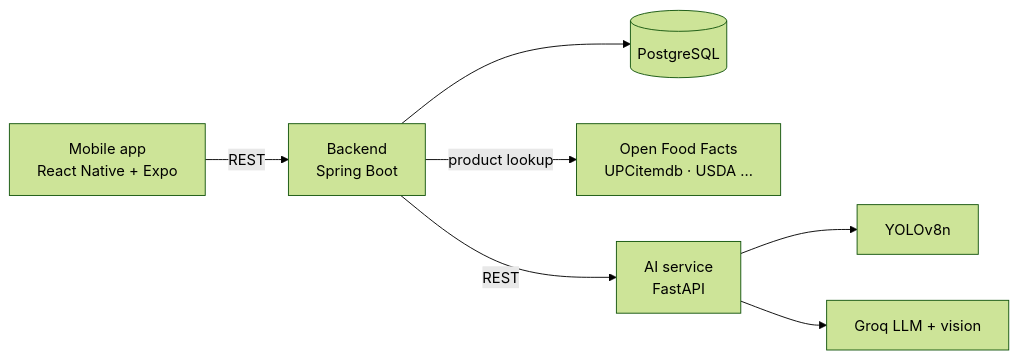
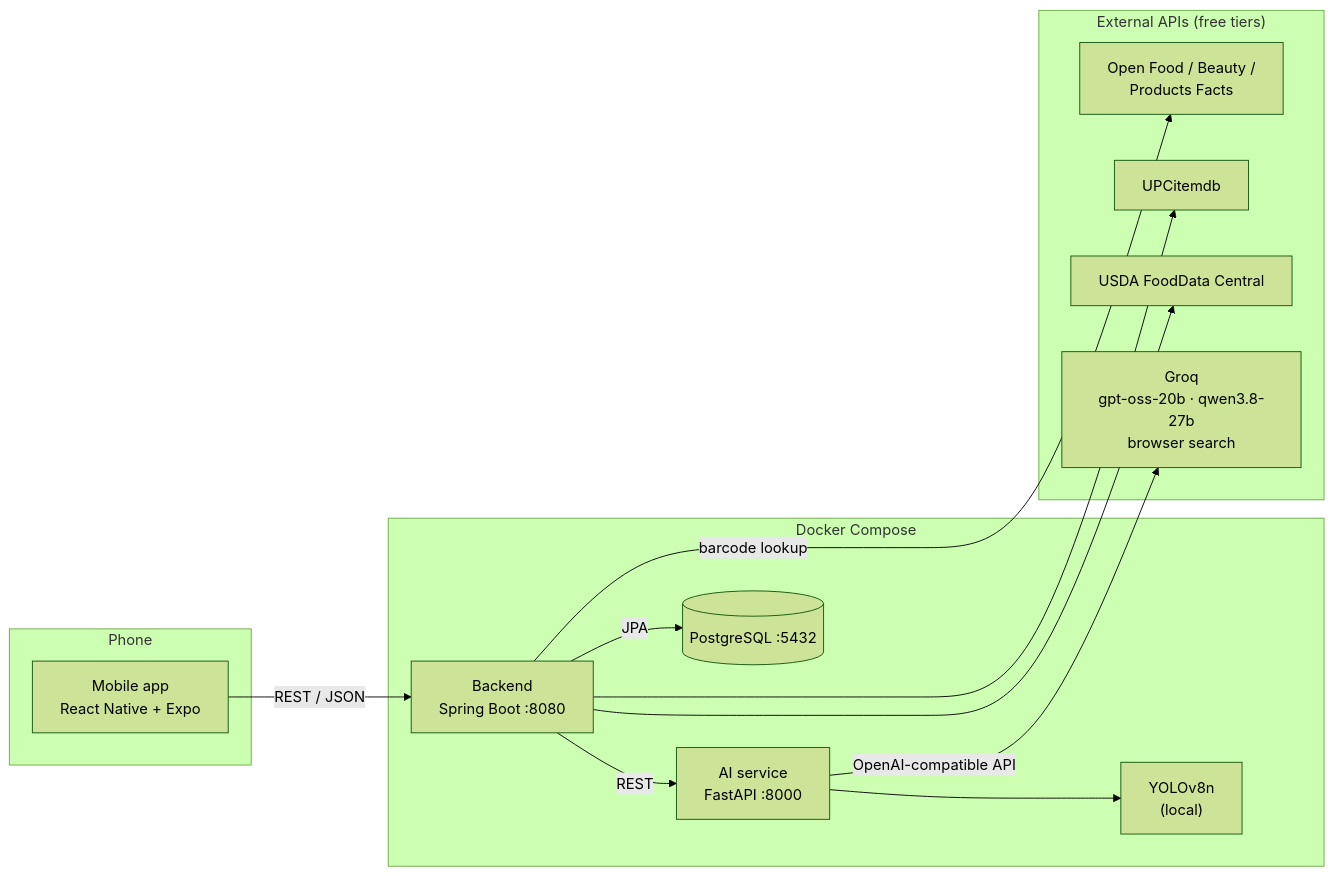
Before and after one commit to edisban/HealthScan: the first of 5 diagrams in README.md, drawn with Mermaid (forest theme). The commit also changed other lines of this file, not shown here.

Commit message:
Expand README with architecture diagrams, data sources and roadmap

````diff
--- a/README.md
+++ b/README.md
@@ -15,9 +51,29 @@
 ```mermaid
 flowchart LR
-    App[Mobile app<br/>React Native + Expo] -->|REST| API[Backend<br/>Spring Boot]
-    API --> DB[(PostgreSQL)]
-    API -->|product lookup| DBs[Open Food Facts<br/>UPCitemdb · USDA …]
-    API -->|REST| AI[AI service<br/>FastAPI]
-    AI --> YOLO[YOLOv8n]
-    AI --> Groq[Groq LLM + vision]
+    subgraph Phone
+        App["Mobile app<br/>React Native + Expo"]
+    end
+
+    subgraph Docker["Docker Compose"]
+        API["Backend<br/>Spring Boot :8080"]
+        AI["AI service<br/>FastAPI :8000"]
+        DB[("PostgreSQL :5432")]
+        YOLO["YOLOv8n<br/>(local)"]
+    end
+
+    subgraph External["External APIs (free tiers)"]
+        OFF["Open Food / Beauty /<br/>Products Facts"]
+        UPC["UPCitemdb"]
+        USDA["USDA FoodData Central"]
+        Groq["Groq<br/>gpt-oss-20b · qwen3.8-27b<br/>browser search"]
+    end
+
+    App -- "REST / JSON" --> API
+    API -- "JPA" --> DB
+    API -- "barcode lookup" --> OFF
+    API --> UPC
+    API --> USDA
+    API -- "REST" --> AI
+    AI --> YOLO
+    AI -- "OpenAI-compatible API" --> Groq
 ```
````
